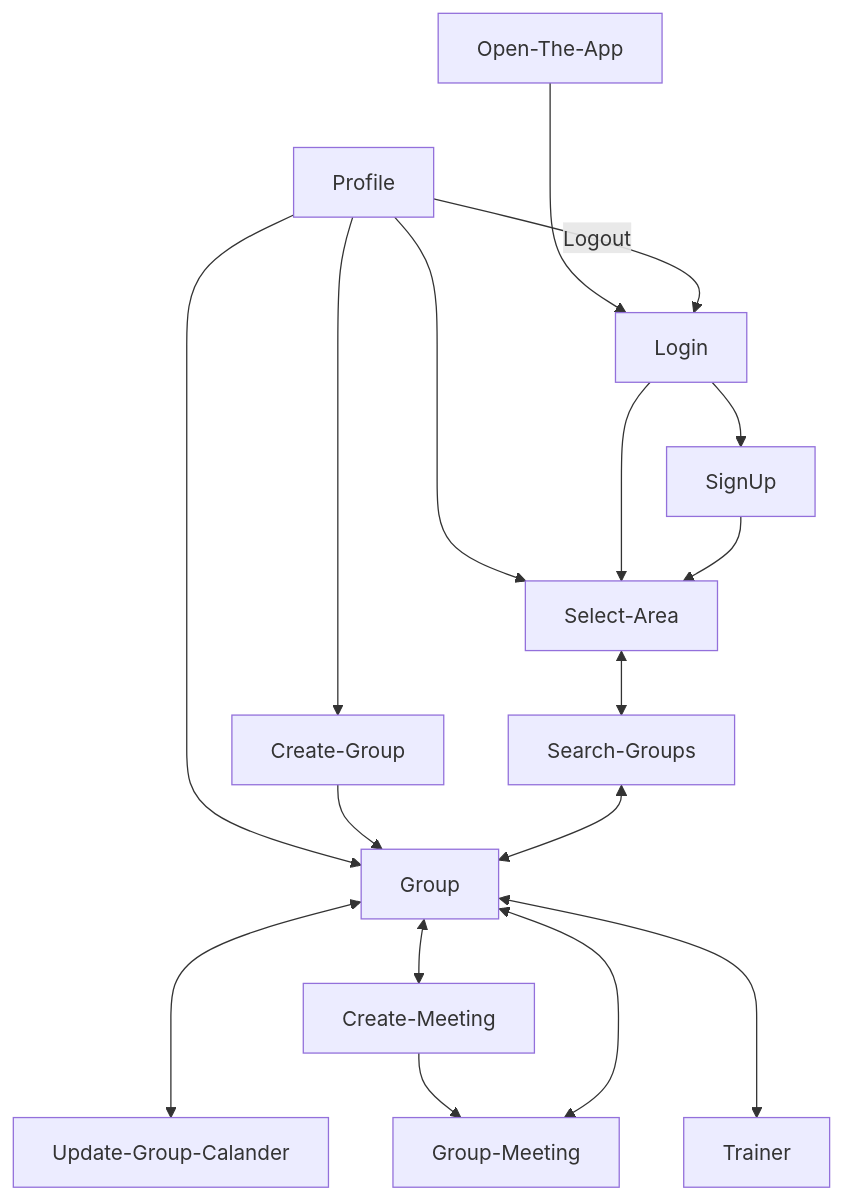
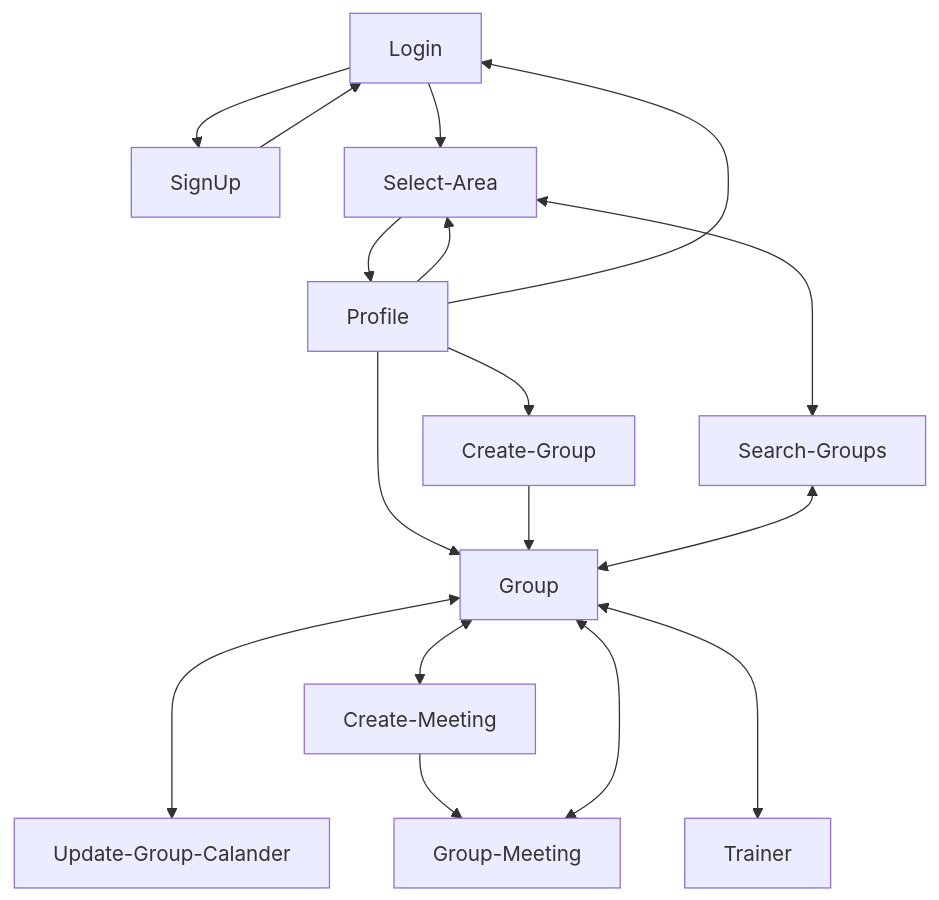
The third of 3 diagrams in README.md (DorYanay/SoluTrain-Mobile-APP), drawn with Mermaid before and after one commit.

````diff
--- a/README.md
+++ b/README.md
@@ -157,14 +157,15 @@
 ```mermaid
 flowchart TD
-  Open-The-App ---> Login --> SignUp
+  Login --> SignUp & Select-Area
+  SignUp --> Login
+  Select-Area --> Profile
   Profile --> Group & Select-Area
-  Profile -->|Logout| Login
+  Profile --> Login
   Profile --> Create-Group --> Group
   Group <---> Update-Group-Calander
   Group <--> Create-Meeting --> Group-Meeting
   Group <--> Group-Meeting
-  Login & SignUp --> Select-Area
   Select-Area <--> Search-Groups
   Search-Groups <--> Group
   Group <---> Trainer
 ```
````
